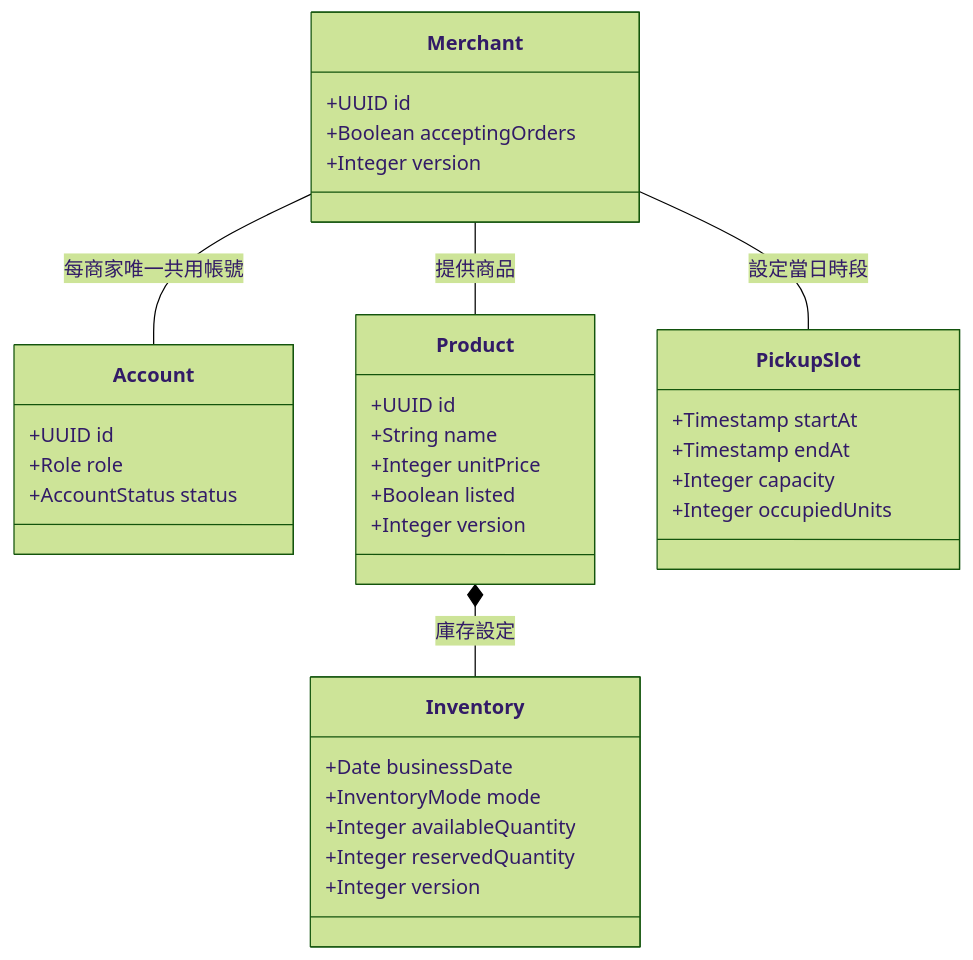
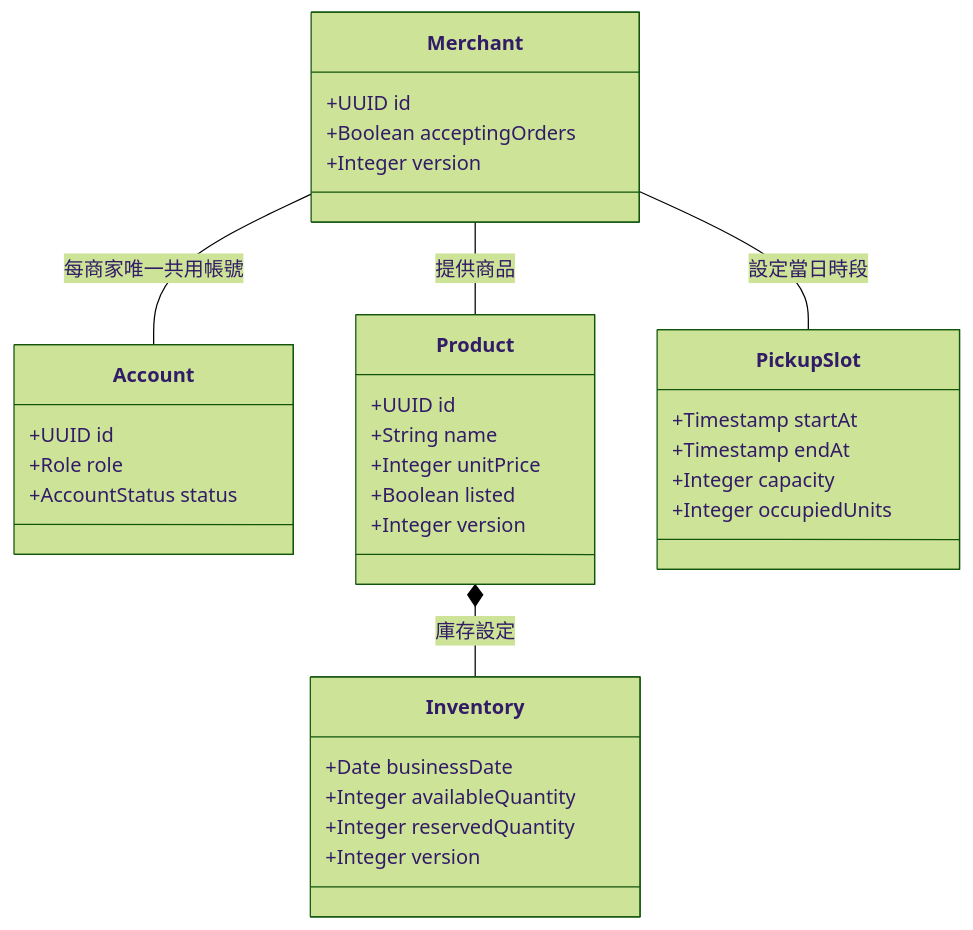
Before and after one commit to Himegragi/CampusRestaurantSystem: the first of 2 diagrams in SAD_v0.6/10_共用資料架構.md, drawn with Mermaid (forest theme). The commit also changed other lines of this file and 16 other files, not shown here.

````diff
--- a/SAD_v0.6/10_共用資料架構.md
+++ b/SAD_v0.6/10_共用資料架構.md
@@ -13,38 +13,37 @@
 ```mermaid
 classDiagram
 direction TB
 class Account {
   +UUID id
   +Role role
   +AccountStatus status
 }
 class Merchant {
   +UUID id
   +Boolean acceptingOrders
   +Integer version
 }
 class Product {
   +UUID id
   +String name
   +Integer unitPrice
   +Boolean listed
   +Integer version
 }
 class Inventory {
   +Date businessDate
-  +InventoryMode mode
   +Integer availableQuantity
   +Integer reservedQuantity
   +Integer version
 }
 class PickupSlot {
   +Timestamp startAt
   +Timestamp endAt
   +Integer capacity
   +Integer occupiedUnits
 }
 Merchant -- Account : 每商家唯一共用帳號
 Merchant -- Product : 提供商品
 Product *-- Inventory : 庫存設定
 Merchant -- PickupSlot : 設定當日時段
 ```
````
